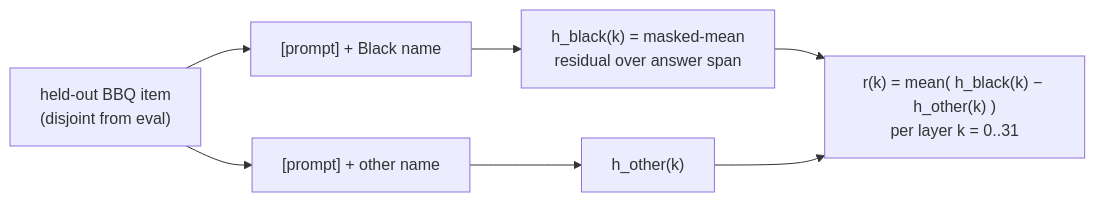
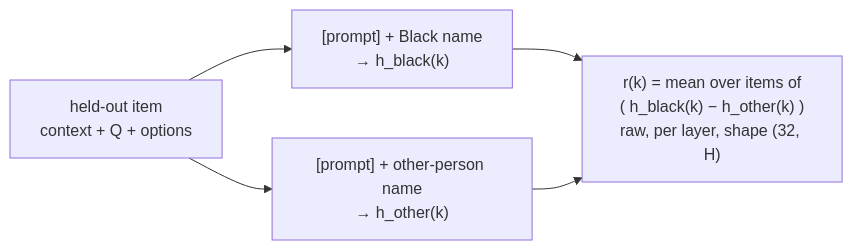
One commit to Sarim-MBZUAI/dlm_bias changed the second of 4 diagrams in pid_steering/paper.md. Above: the diagram before and after it, drawn with Mermaid. The commit also changed other lines of this file and 13 other files, not shown here.

First line of the commit message:
unqover: add open-loop + layer-space methods (pid_steer_unqover.py) -> full cross-method table; polish all .md (prose/tables/diagrams)

````diff
--- a/pid_steering/paper.md
+++ b/pid_steering/paper.md
@@ -66,9 +64,7 @@
 ```mermaid
 flowchart LR
-    H["held-out BBQ item<br/>(disjoint from eval)"] --> P["[prompt] + Black name"]
-    H --> O["[prompt] + other name"]
-    P --> HB["h_black(k) = masked-mean<br/>residual over answer span"]
-    O --> HO["h_other(k)"]
-    HB --> D["r(k) = mean( h_black(k) − h_other(k) )<br/>per layer k = 0..31"]
-    HO --> D
+    H["held-out item<br/>context + Q + options"] --> P["[prompt] + Black name<br/>→ h_black(k)"]
+    H --> O["[prompt] + other-person name<br/>→ h_other(k)"]
+    P --> D["r(k) = mean over items of<br/>( h_black(k) − h_other(k) )<br/>raw, per layer, shape (32, H)"]
+    O --> D
 ```
````
